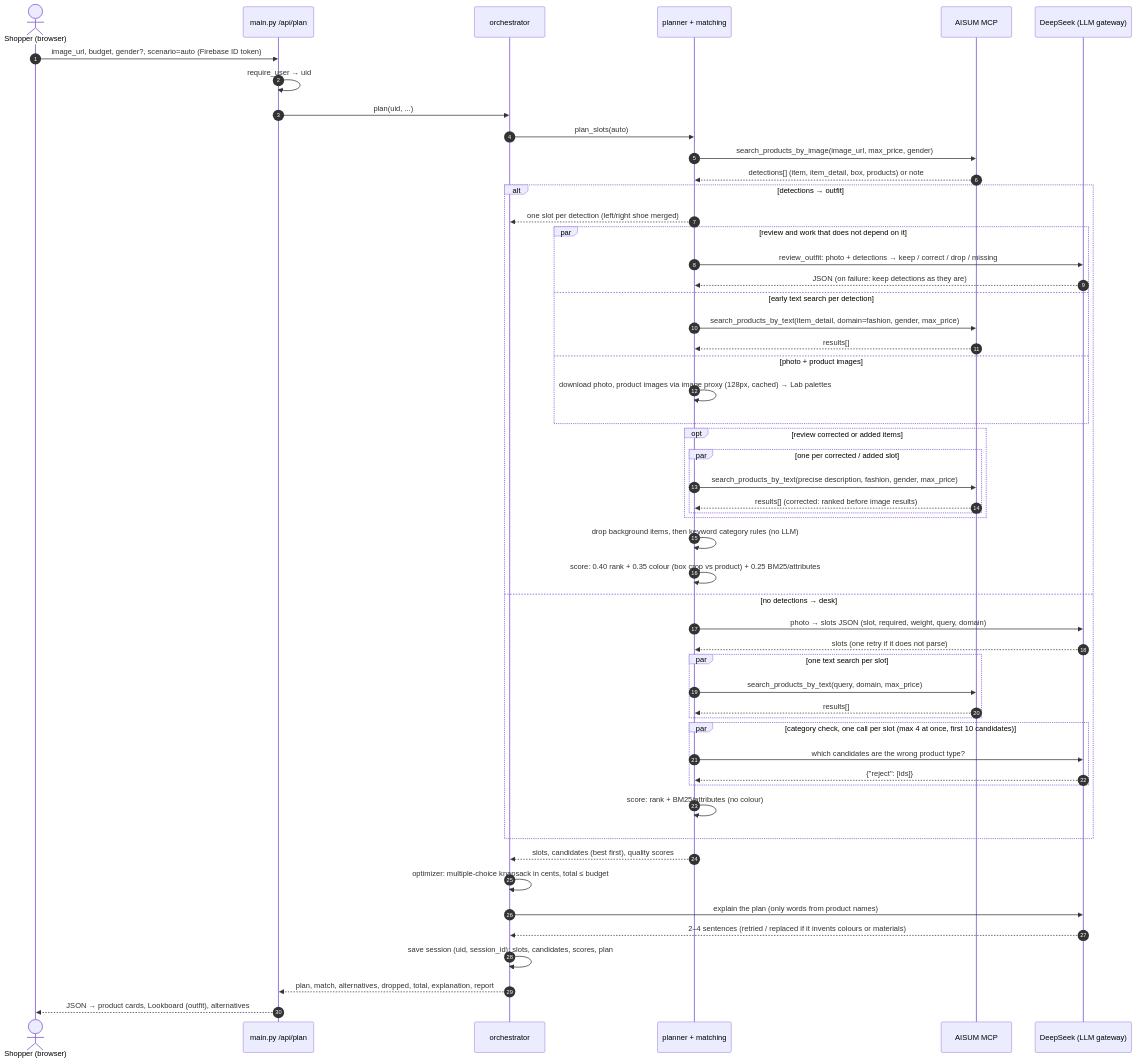
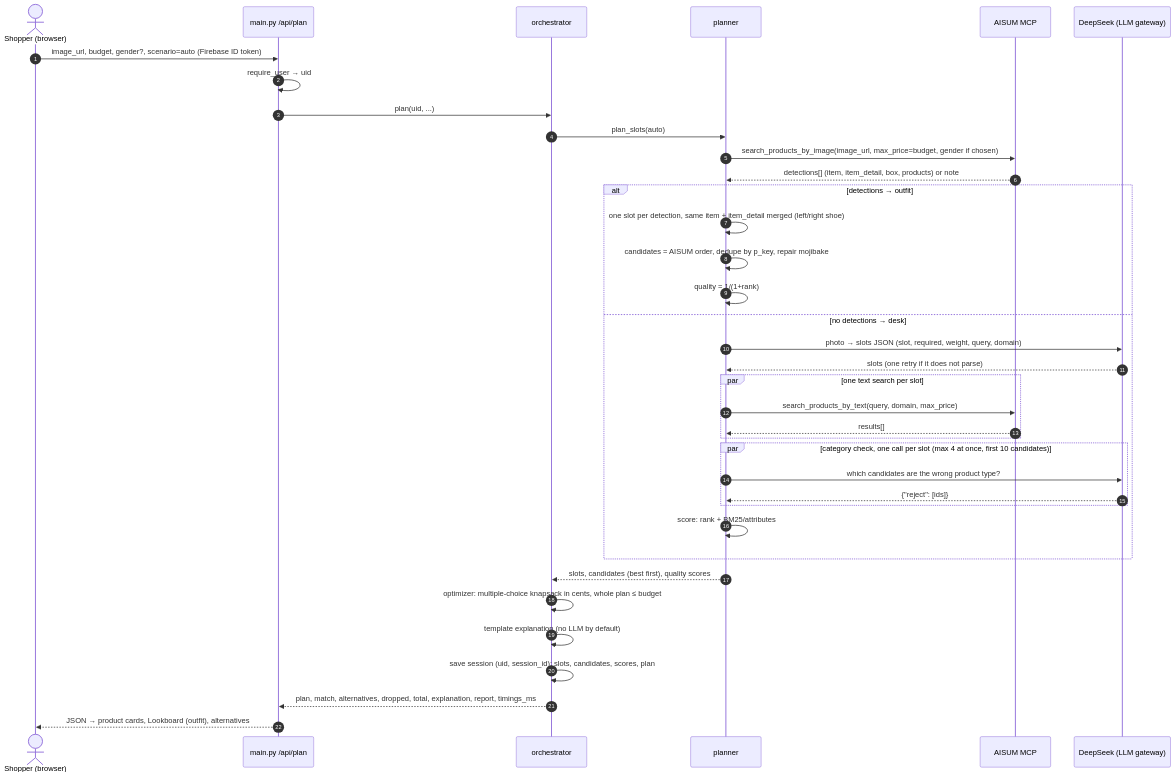
One commit to jackChen217/aisum-victory changed the first of 4 diagrams in docs/architecture.md. Above: the diagram before and after it, drawn with Mermaid. The commit also changed other lines of this file and 6 other files, not shown here.

First line of the commit message:
Add comparison group D: AISUM order + whole-outfit knapsack

````diff
--- a/docs/architecture.md
+++ b/docs/architecture.md
@@ -13,58 +18,42 @@
 ```mermaid
 sequenceDiagram
     autonumber
     actor U as Shopper (browser)
     participant API as main.py /api/plan
     participant O as orchestrator
-    participant P as planner + matching
+    participant P as planner
     participant A as AISUM MCP
     participant D as DeepSeek (LLM gateway)
 
     U->>API: image_url, budget, gender?, scenario=auto (Firebase ID token)
     API->>API: require_user → uid
     API->>O: plan(uid, ...)
     O->>P: plan_slots(auto)
-    P->>A: search_products_by_image(image_url, max_price, gender)
+    P->>A: search_products_by_image(image_url, max_price=budget, gender if chosen)
     A-->>P: detections[] (item, item_detail, box, products) or note
 
     alt detections → outfit
-        P-->>O: one slot per detection (left/right shoe merged)
-        par review and work that does not depend on it
-            P->>D: review_outfit: photo + detections → keep / correct / drop / missing
-            D-->>P: JSON (on failure: keep detections as they are)
-        and early text search per detection
-            P->>A: search_products_by_text(item_detail, domain=fashion, gender, max_price)
-            A-->>P: results[]
-        and photo + product images
-            P->>P: download photo, product images via image proxy (128px, cached) → Lab palettes
-        end
-        opt review corrected or added items
-            par one per corrected / added slot
-                P->>A: search_products_by_text(precise description, fashion, gender, max_price)
-                A-->>P: results[] (corrected: ranked before image results)
-            end
-        end
-        P->>P: drop background items, then keyword category rules (no LLM)
-        P->>P: score: 0.40 rank + 0.35 colour (box crop vs product) + 0.25 BM25/attributes
+        P->>P: one slot per detection, same item + item_detail merged (left/right shoe)
+        P->>P: candidates = AISUM order, dedupe by p_key, repair mojibake
+        P->>P: quality = 1/(1+rank)
     else no detections → desk
         P->>D: photo → slots JSON (slot, required, weight, query, domain)
         D-->>P: slots (one retry if it does not parse)
         par one text search per slot
             P->>A: search_products_by_text(query, domain, max_price)
             A-->>P: results[]
         end
         par category check, one call per slot (max 4 at once, first 10 candidates)
             P->>D: which candidates are the wrong product type?
             D-->>P: {"reject": [ids]}
         end
-        P->>P: score: rank + BM25/attributes (no colour)
+        P->>P: score: rank + BM25/attributes
     end
 
     P-->>O: slots, candidates (best first), quality scores
-    O->>O: optimizer: multiple-choice knapsack in cents, total ≤ budget
-    O->>D: explain the plan (only words from product names)
-    D-->>O: 2–4 sentences (retried / replaced if it invents colours or materials)
+    O->>O: optimizer: multiple-choice knapsack in cents, whole plan ≤ budget
+    O->>O: template explanation (no LLM by default)
     O->>O: save session (uid, session_id): slots, candidates, scores, plan
-    O-->>API: plan, match, alternatives, dropped, total, explanation, report
+    O-->>API: plan, match, alternatives, dropped, total, explanation, report, timings_ms
     API-->>U: JSON → product cards, Lookboard (outfit), alternatives
 ```
````
